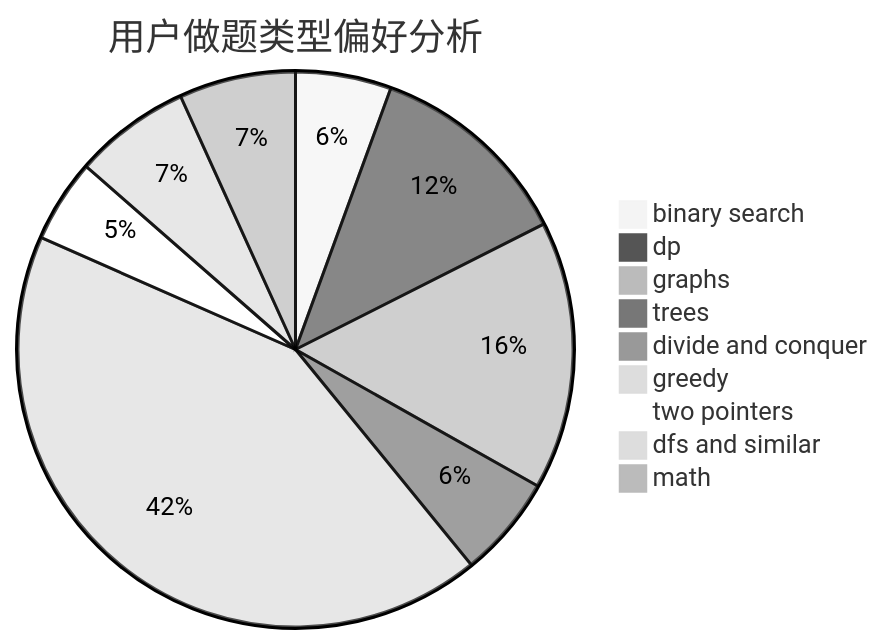
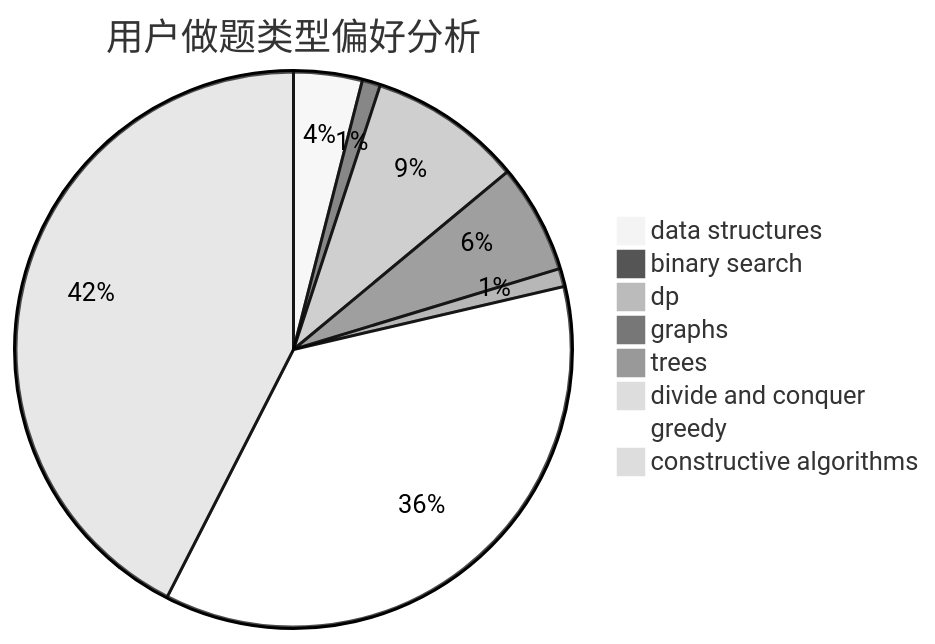
One commit to sherpahu/cfrs.github.io changed the second of 3 diagrams in docs/user/u1089.md. Above: the diagram before and after it, drawn with Mermaid (neutral theme). The commit also changed other lines of this file and 2775 other files, not shown here.

````diff
--- a/docs/user/u1089.md
+++ b/docs/user/u1089.md
@@ -23,12 +23,11 @@
 ```mermaid
 pie title 用户做题类型偏好分析
-    "binary search" :  46
-    "dp" :  99
-    "graphs" :  129
-    "trees" :  49
+    "data structures" :  34
+    "binary search" :  9
+    "dp" :  76
+    "graphs" :  54
+    "trees" :  9
     "divide and conquer" :  4
-    "greedy" :  351
-    "two pointers" :  40
-    "dfs and similar" :  56
-    "math" :  56
+    "greedy" :  308
+    "constructive algorithms" :  362
 ```
````
